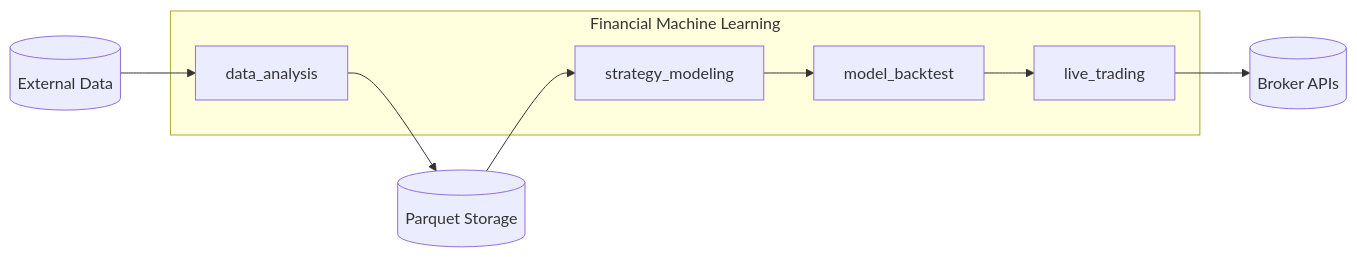
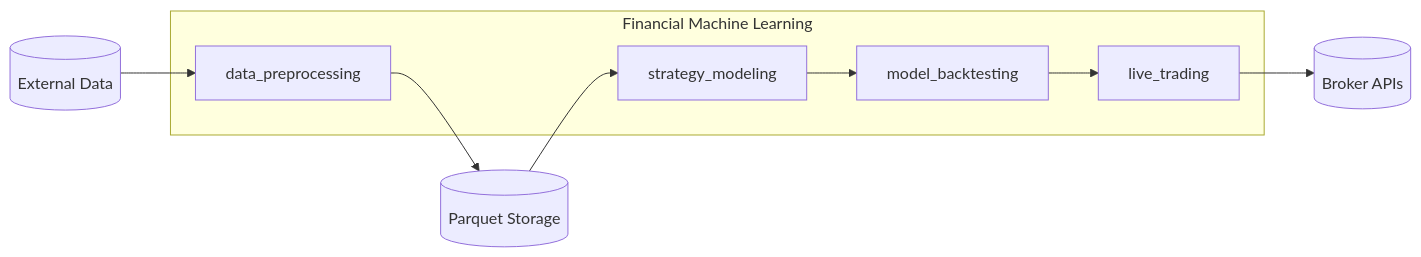
One commit to kwonjunhyuk9/financial-machine-learning changed the second of 6 diagrams in docs/architecture.md. Above: the diagram before and after it, drawn with Mermaid. The commit also changed other lines of this file and 7 other files, not shown here.

````diff
--- a/docs/architecture.md
+++ b/docs/architecture.md
@@ -37,20 +37,20 @@
 ```mermaid
 flowchart LR
     ext[(External Data)]
     broker[(Broker APIs)]
     parquet[(Parquet Storage)]
 
     subgraph system[Financial Machine Learning]
-        da[data_analysis]
+        da[data_preprocessing]
         sm[strategy_modeling]
-        bt[model_backtest]
+        bt[model_backtesting]
         lt[live_trading]
     end
 
     ext --> da
     da --> parquet
     parquet --> sm
     sm --> bt
     bt --> lt
     lt --> broker
 ```
````
